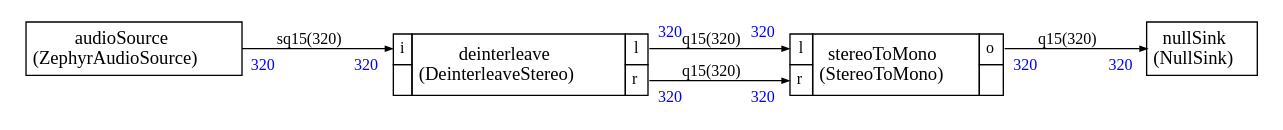
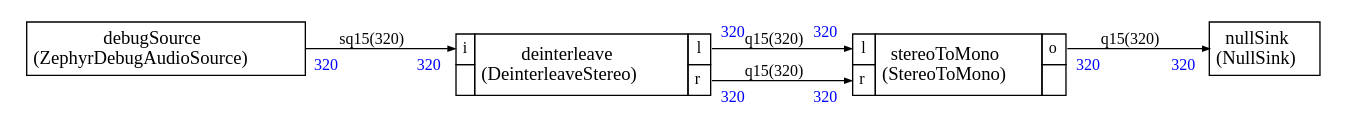
One commit to christophe0606/ZephyrAI changed the diagram in src/stream/scheduler/graph.dot. Above: the diagram before and after it, drawn with Graphviz. The commit also changed 22 other files, not shown here.

First line of the commit message:
First CMSIS Stream graph running with Zephyr

```diff
--- a/src/stream/scheduler/graph.dot
+++ b/src/stream/scheduler/graph.dot
@@ -1,89 +1,89 @@
 
 
 
 
 
 
 digraph structs {
     bgcolor = "white"
     node [shape=plaintext,color="black",fontcolor="black",fontname="Times-Roman"]
     rankdir=LR
     edge [arrowsize="0.5",color="black",fontcolor="black",fontname="Times-Roman"]
 
 
-audioSource [label=<
+debugSource [label=<
 <TABLE color="black" bgcolor="none" BORDER="0" CELLBORDER="1" CELLSPACING="0" CELLPADDING="4">
   <TR>
-    <TD ALIGN="CENTER" PORT="i"><FONT COLOR="black" POINT-SIZE="14.0">audioSource<BR/>(ZephyrAudioSource)</FONT></TD>
+    <TD ALIGN="CENTER" PORT="i"><FONT COLOR="black" POINT-SIZE="14.0">debugSource<BR/>(ZephyrDebugAudioSource)</FONT></TD>
   </TR>
 </TABLE>>];
 
 
 deinterleave [label=<
 <TABLE color="black" bgcolor="none" BORDER="0" CELLBORDER="1" CELLSPACING="0" CELLPADDING="4">
   <TR>
     <TD PORT="i"><FONT POINT-SIZE="12.0" COLOR="black">i</FONT></TD>
     <TD ALIGN="CENTER" ROWSPAN="2"><FONT COLOR="black" POINT-SIZE="14.0">deinterleave<BR/>(DeinterleaveStereo)</FONT></TD>
     <TD PORT="l"><FONT POINT-SIZE="12.0" COLOR="black">l</FONT></TD>
   </TR>
 <TR>
  
 <TD></TD>
 <TD PORT="r"><FONT POINT-SIZE="12.0" COLOR="black">r</FONT></TD>
 </TR>
 
 </TABLE>>];
 
 nullSink [label=<
 <TABLE color="black" bgcolor="none" BORDER="0" CELLBORDER="1" CELLSPACING="0" CELLPADDING="4">
   <TR>
     <TD ALIGN="CENTER" PORT="i"><FONT COLOR="black" POINT-SIZE="14.0">nullSink<BR/>(NullSink)</FONT></TD>
   </TR>
 </TABLE>>];
 
 
 stereoToMono [label=<
 <TABLE color="black" bgcolor="none" BORDER="0" CELLBORDER="1" CELLSPACING="0" CELLPADDING="4">
   <TR>
     <TD PORT="l"><FONT POINT-SIZE="12.0" COLOR="black">l</FONT></TD>
     <TD ALIGN="CENTER" ROWSPAN="2"><FONT COLOR="black" POINT-SIZE="14.0">stereoToMono<BR/>(StereoToMono)</FONT></TD>
     <TD PORT="o"><FONT POINT-SIZE="12.0" COLOR="black">o</FONT></TD>
   </TR>
 <TR>
 <TD PORT="r"><FONT POINT-SIZE="12.0" COLOR="black">r</FONT></TD>
 
  
 <TD></TD></TR>
 
 </TABLE>>];
 
 
 
-audioSource:i -> deinterleave:i [style="solid",color="black",fontsize="12.0",fontcolor="black",label=<sq15(320)>
+debugSource:i -> deinterleave:i [style="solid",color="black",fontsize="12.0",fontcolor="black",label=<sq15(320)>
 ,headlabel=<<TABLE BORDER="0" CELLPADDING="4"><TR><TD><FONT COLOR="blue" POINT-SIZE="12.0" >320</FONT>
 </TD></TR></TABLE>>
 ,taillabel=<<TABLE BORDER="0" CELLPADDING="4"><TR><TD><FONT COLOR="blue" POINT-SIZE="12.0" >320</FONT>
 </TD></TR></TABLE>>]
 
 deinterleave:l -> stereoToMono:l [style="solid",color="black",fontsize="12.0",fontcolor="black",label=<q15(320)>
 ,headlabel=<<TABLE BORDER="0" CELLPADDING="4"><TR><TD><FONT COLOR="blue" POINT-SIZE="12.0" >320</FONT>
 </TD></TR></TABLE>>
 ,taillabel=<<TABLE BORDER="0" CELLPADDING="4"><TR><TD><FONT COLOR="blue" POINT-SIZE="12.0" >320</FONT>
 </TD></TR></TABLE>>]
 
 deinterleave:r -> stereoToMono:r [style="solid",color="black",fontsize="12.0",fontcolor="black",label=<q15(320)>
 ,headlabel=<<TABLE BORDER="0" CELLPADDING="4"><TR><TD><FONT COLOR="blue" POINT-SIZE="12.0" >320</FONT>
 </TD></TR></TABLE>>
 ,taillabel=<<TABLE BORDER="0" CELLPADDING="4"><TR><TD><FONT COLOR="blue" POINT-SIZE="12.0" >320</FONT>
 </TD></TR></TABLE>>]
 
 stereoToMono:o -> nullSink:i [style="solid",color="black",fontsize="12.0",fontcolor="black",label=<q15(320)>
 ,headlabel=<<TABLE BORDER="0" CELLPADDING="4"><TR><TD><FONT COLOR="blue" POINT-SIZE="12.0" >320</FONT>
 </TD></TR></TABLE>>
 ,taillabel=<<TABLE BORDER="0" CELLPADDING="4"><TR><TD><FONT COLOR="blue" POINT-SIZE="12.0" >320</FONT>
 </TD></TR></TABLE>>]
 
 
 
 
 }
```
